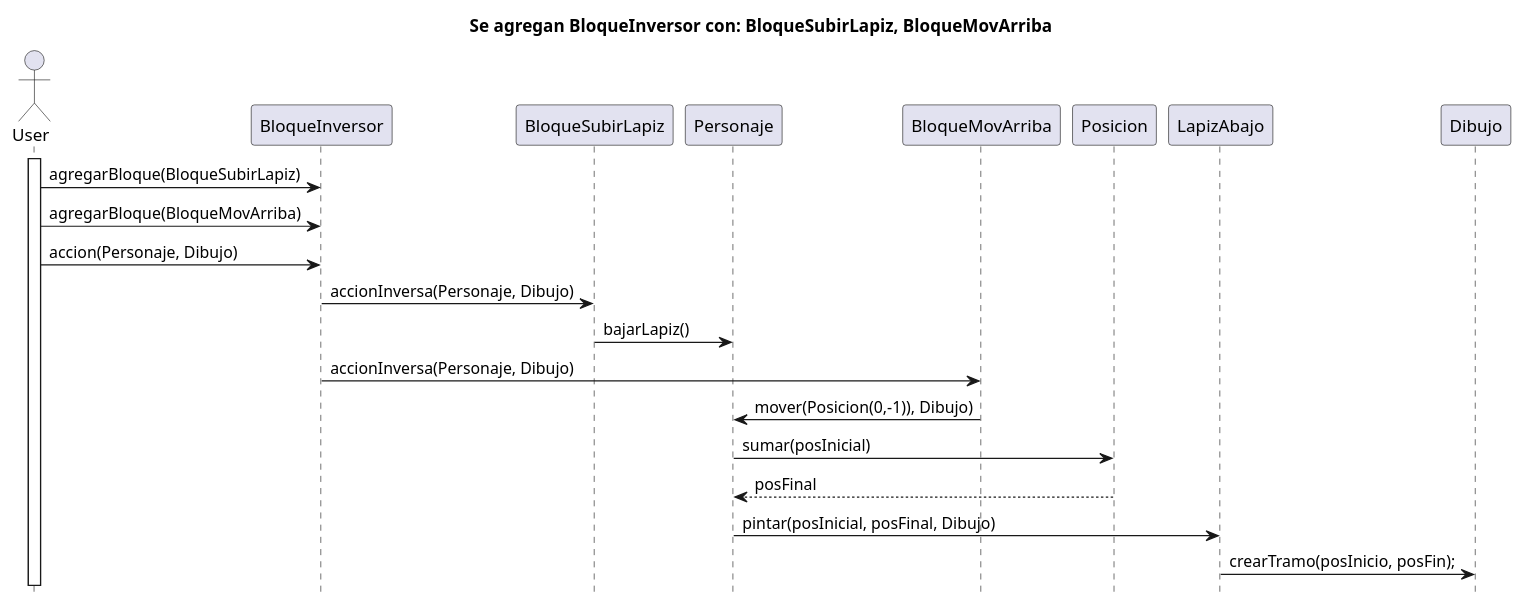
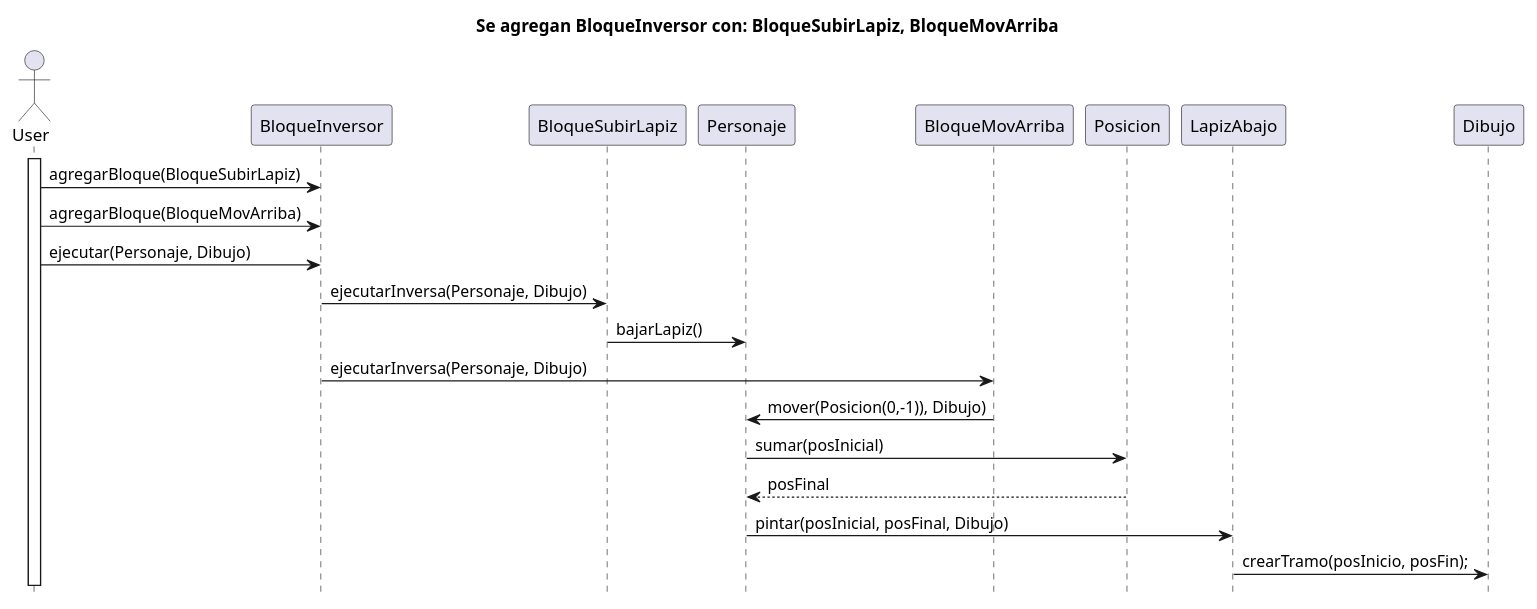
One commit to alopezbizon/T2-ALGO3-TP2 changed the diagram in src/main/java/edu/fiuba/algo3/diagramas/DiagramaDeSecuenciaBloqueInversor_ConSubirLapizYMovArriba.puml. Above: the diagram before and after it, drawn with PlantUML. The commit also changed 33 other files, not shown here.

Commit message:
Refactor: rename de métodos de Bloques, Posición y Tramo + actualización de diagramas UML.

```diff
--- a/src/main/java/edu/fiuba/algo3/diagramas/DiagramaDeSecuenciaBloqueInversor_ConSubirLapizYMovArriba.puml
+++ b/src/main/java/edu/fiuba/algo3/diagramas/DiagramaDeSecuenciaBloqueInversor_ConSubirLapizYMovArriba.puml
@@ -1,23 +1,23 @@
 @startuml
 title Se agregan BloqueInversor con: BloqueSubirLapiz, BloqueMovArriba
 
 actor User
 activate User
 User -> BloqueInversor: agregarBloque(BloqueSubirLapiz)
 User -> BloqueInversor: agregarBloque(BloqueMovArriba)
 
-User -> BloqueInversor: accion(Personaje, Dibujo)
+User -> BloqueInversor: ejecutar(Personaje, Dibujo)
 
-BloqueInversor-> BloqueSubirLapiz: accionInversa(Personaje, Dibujo)
+BloqueInversor-> BloqueSubirLapiz: ejecutarInversa(Personaje, Dibujo)
 BloqueSubirLapiz-> Personaje : bajarLapiz()
 
-BloqueInversor-> BloqueMovArriba:accionInversa(Personaje, Dibujo)
+BloqueInversor-> BloqueMovArriba:ejecutarInversa(Personaje, Dibujo)
 BloqueMovArriba -> Personaje : mover(Posicion(0,-1)), Dibujo)
 
 Personaje -> Posicion : sumar(posInicial)
 Personaje<-- Posicion : posFinal
 Personaje -> LapizAbajo : pintar(posInicial, posFinal, Dibujo)
 LapizAbajo -> Dibujo : crearTramo(posInicio, posFin);
 
 hide footbox
 @enduml
```
